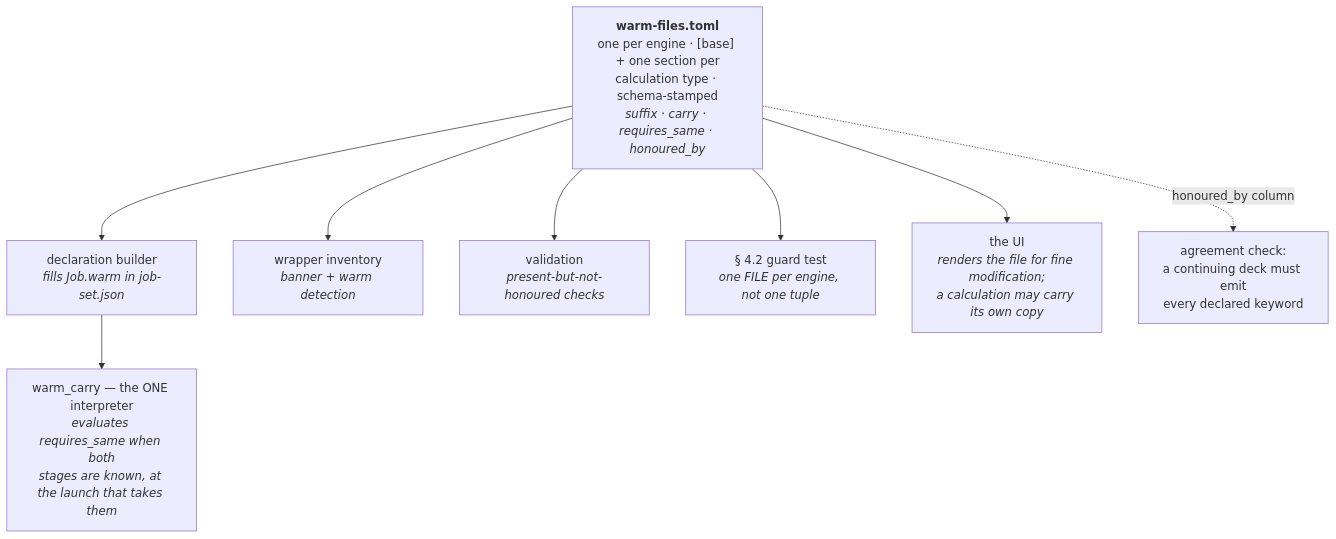
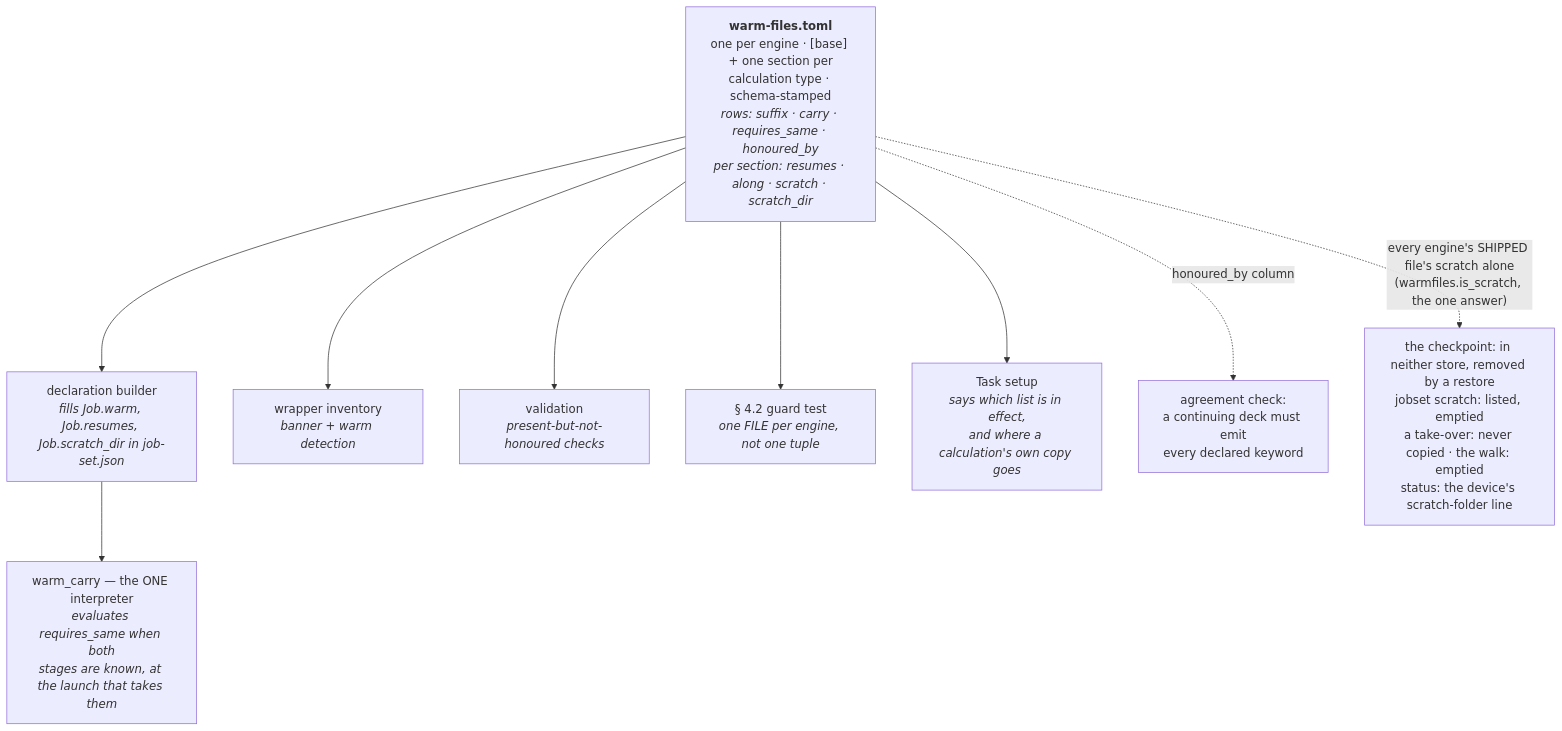
Before and after one commit to Qing-LAB/molbuilder: the third of 3 diagrams in docs/execution/job-contracts.md, drawn with Mermaid. The commit also changed other lines of this file and 54 other files, not shown here.

````diff
--- a/docs/execution/job-contracts.md
+++ b/docs/execution/job-contracts.md
@@ -2021,11 +2082,12 @@
 ```mermaid
 flowchart TB
-    RF["<b>warm-files.toml</b><br/>one per engine · [base] + one section per<br/>calculation type · schema-stamped<br/><i>suffix · carry · requires_same · honoured_by</i>"]
-    RF --> DECL["declaration builder<br/><i>fills Job.warm in job-set.json</i>"]
+    RF["<b>warm-files.toml</b><br/>one per engine · [base] + one section per<br/>calculation type · schema-stamped<br/><i>rows: suffix · carry · requires_same · honoured_by</i><br/><i>per section: resumes · along · scratch · scratch_dir</i>"]
+    RF --> DECL["declaration builder<br/><i>fills Job.warm, Job.resumes, Job.scratch_dir in job-set.json</i>"]
     RF --> INV["wrapper inventory<br/><i>banner + warm detection</i>"]
     RF --> VAL["validation<br/><i>present-but-not-honoured checks</i>"]
     RF --> GUARD["§ 4.2 guard test<br/><i>one FILE per engine, not one tuple</i>"]
-    RF --> UI["the UI<br/><i>renders the file for fine modification;<br/>a calculation may carry its own copy</i>"]
+    RF --> UI["Task setup<br/><i>says which list is in effect,<br/>and where a calculation's own copy goes</i>"]
     RF -. "honoured_by column" .-> EMIT["agreement check:<br/>a continuing deck must emit<br/>every declared keyword"]
+    RF -. "every engine's SHIPPED file's scratch alone<br/>(warmfiles.is_scratch, the one answer)" .-> SCR["the checkpoint: in neither store, removed by a restore<br/>jobset scratch: listed, emptied<br/>a take-over: never copied · the walk: emptied<br/>status: the device's scratch-folder line"]
     DECL --> WC["warm_carry — the ONE interpreter<br/><i>evaluates requires_same when both<br/>stages are known, at the launch that takes them</i>"]
 ```
````
